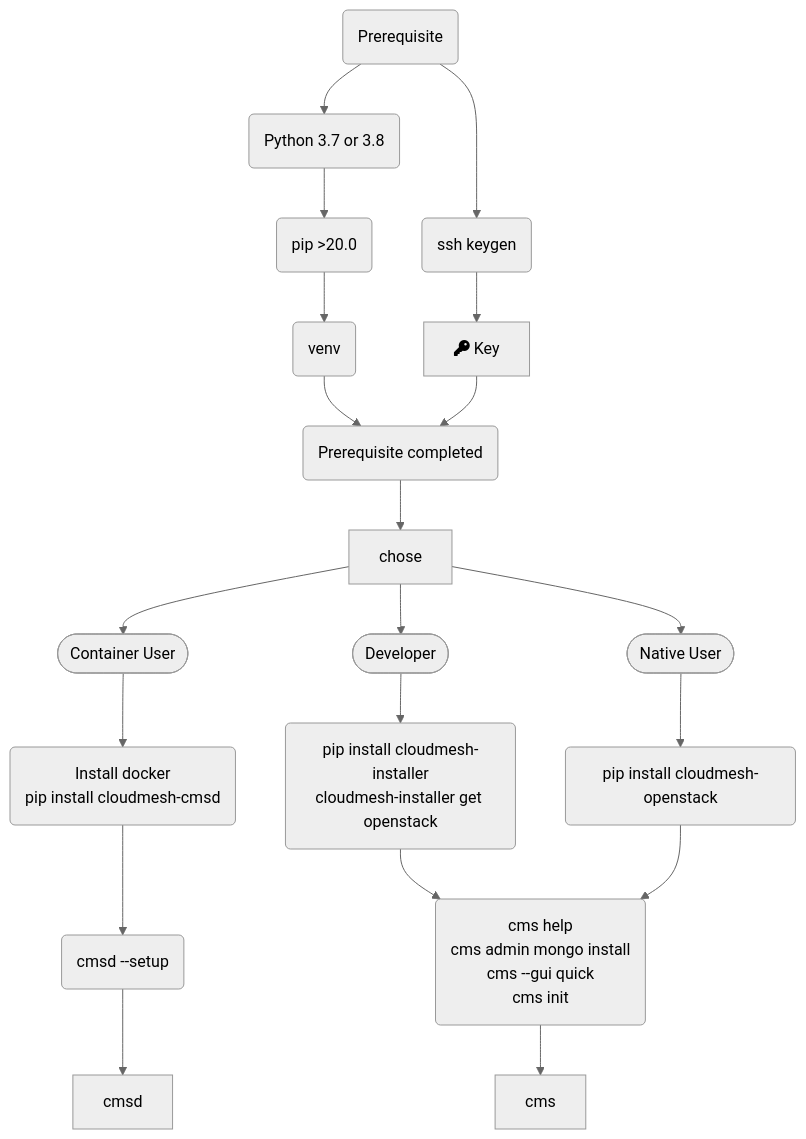
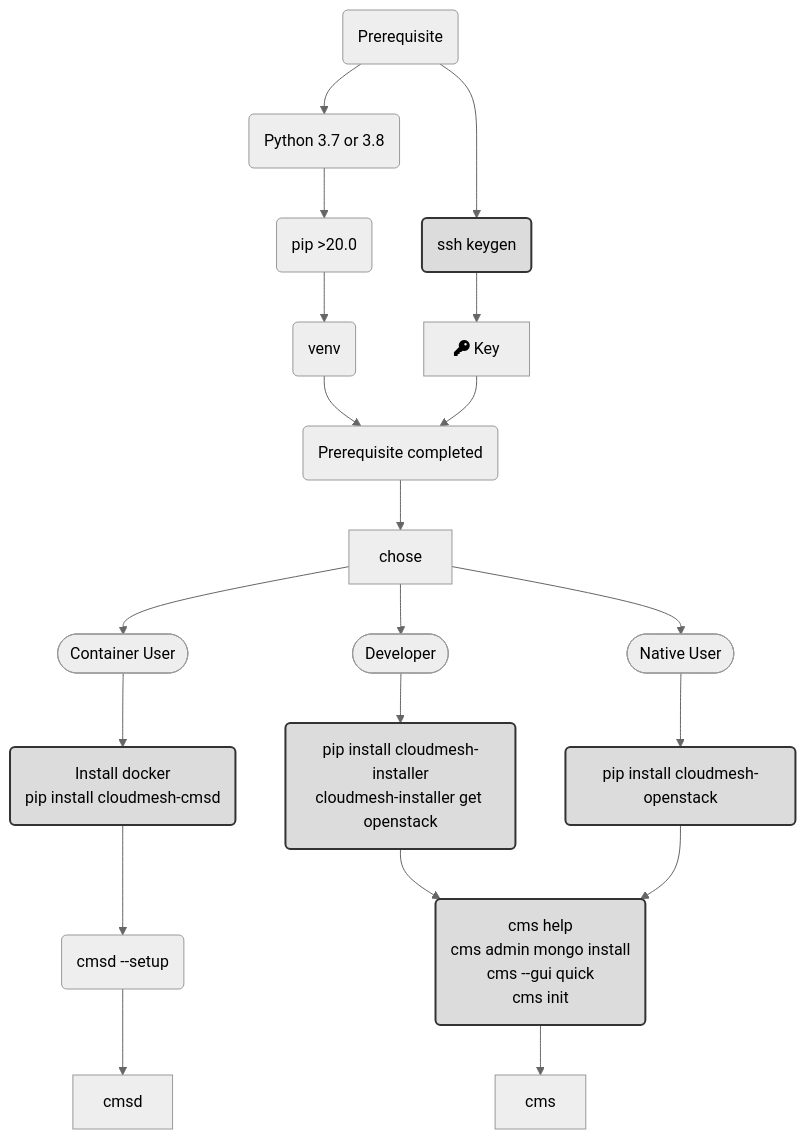
Before and after one commit to cloudmesh/cloudmesh-manual: the diagram in docs-source/source/installation/linux/index.rst, drawn with Mermaid (neutral theme). The commit also changed 7 other files, not shown here.

Commit message:
add colors to mermaid

```diff
--- a/docs-source/source/installation/linux/index.rst
+++ b/docs-source/source/installation/linux/index.rst
@@ -117,27 +117,33 @@
 .. mermaid::
 
    graph TD
       A(Prerequisite) --> python(Python 3.7 or 3.8)
       python --> pip(pip >20.0)
       pip --> venv(venv)
       venv --> install(Prerequisite completed)
       key --> install
       A --> keygen(ssh keygen)
       keygen -->key[fa:fa-key Key]
       install --> chose
 
       chose-->cuser([Container User])
       chose-->nuser([Native User])
       chose-->duser([Developer])
 
       duser-->dev(pip install cloudmesh-installer<br/>cloudmesh-installer get openstack)
       nuser-->user(pip install cloudmesh-openstack)
       cuser-->container(Install docker<br/>pip install cloudmesh-cmsd)
 
       setup(cms help<br/>cms admin mongo install<br/>cms --gui quick<br/>cms init)
       dev-->setup
       user-->setup
       container-->setupd(cmsd --setup)
 
       setup-->cms
       setupd-->cmsd
+
+      style keygen fill:gainsboro,stroke:#333,stroke-width:2px
+      style dev fill:gainsboro,stroke:#333,stroke-width:2px
+      style user fill:gainsboro,stroke:#333,stroke-width:2px
+      style container fill:gainsboro,stroke:#333,stroke-width:2px
+      style setup fill:gainsboro,stroke:#333,stroke-width:2px
```
